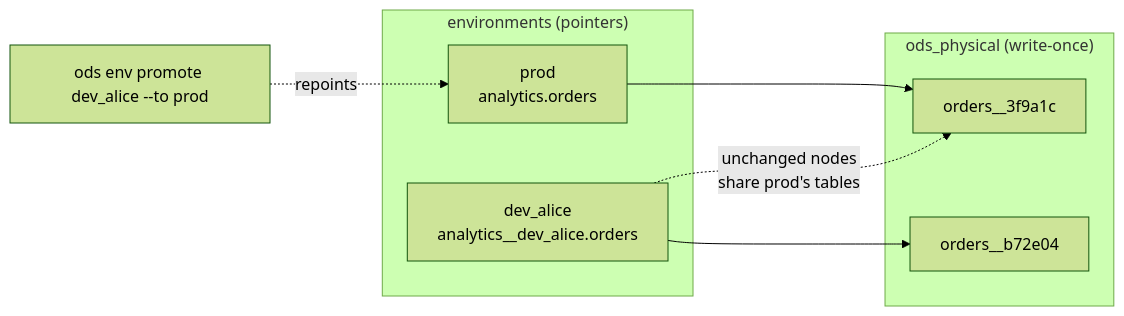
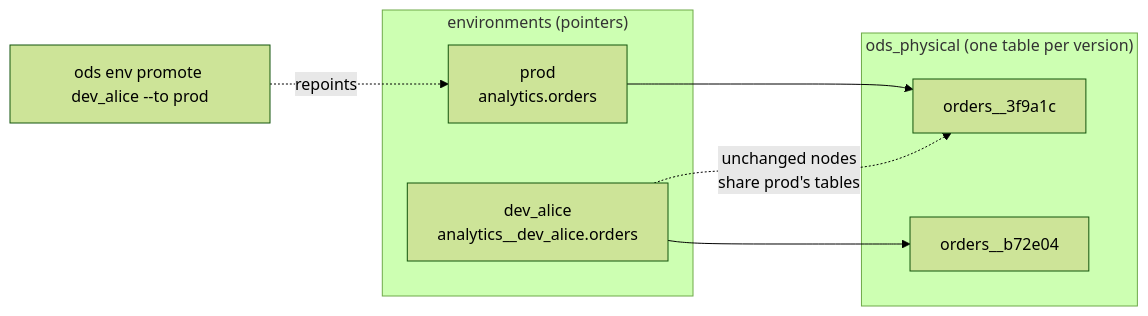
Before and after one commit to buchochelliq-labs/open-data-suite: the diagram in docs/adr/0028-open-data-environments.md, drawn with Mermaid (forest theme). The commit also changed other lines of this file and 1 other file, not shown here.

First line of the commit message:
docs(adr): key ADR-0028 tables by code version and gate promotion on atomicity

````diff
--- a/docs/adr/0028-open-data-environments.md
+++ b/docs/adr/0028-open-data-environments.md
@@ -181,15 +245,15 @@
 ```mermaid
 graph LR
   subgraph envs["environments (pointers)"]
     prod["prod<br/>analytics.orders"]
     dev["dev_alice<br/>analytics__dev_alice.orders"]
   end
-  subgraph phys["ods_physical (write-once)"]
+  subgraph phys["ods_physical (one table per version)"]
     v1["orders__3f9a1c"]
     v2["orders__b72e04"]
   end
   prod --> v1
   dev --> v2
   dev -. "unchanged nodes<br/>share prod's tables" .-> v1
   promote["ods env promote dev_alice --to prod"] -. "repoints" .-> prod
 ```
````
